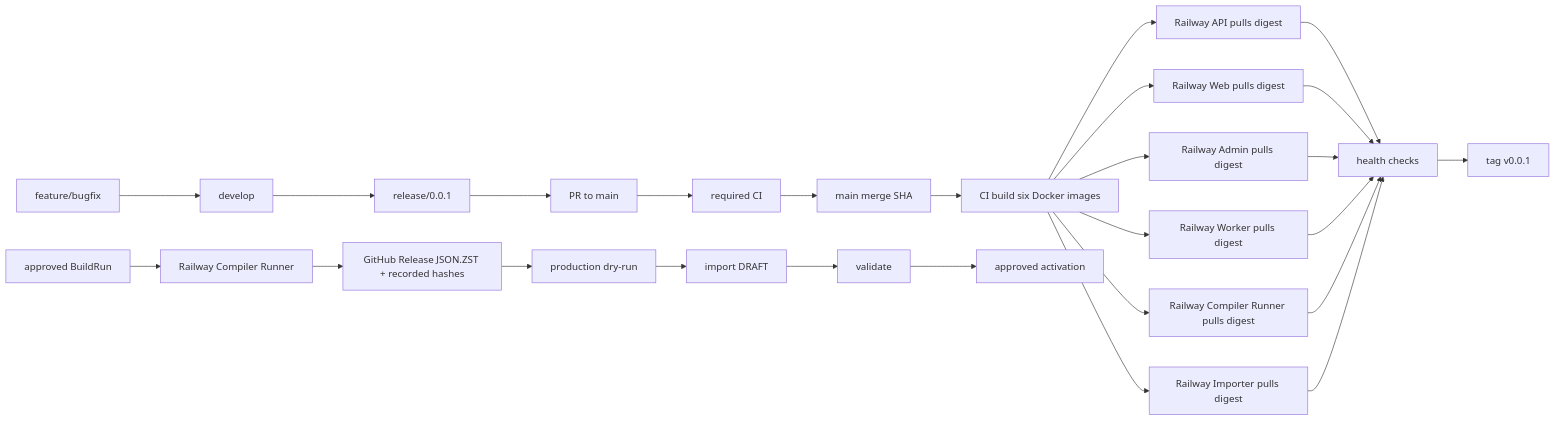
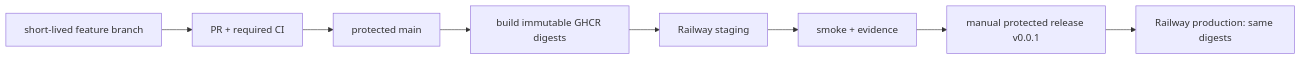
The diagram in docs/overview/refactor/delivery/cicd-security.md (yinmingdi/sylis), drawn with Mermaid before and after one commit. The commit also changed other lines of this file and 1856 other files, not shown here.

Commit message:
refactor: rebuild Sylis platform architecture

````diff
--- a/docs/overview/refactor/delivery/cicd-security.md
+++ b/docs/overview/refactor/delivery/cicd-security.md
@@ -5,29 +7,10 @@
 ```mermaid
 flowchart LR
-  F[feature/bugfix] --> D[develop]
-  D --> R[release/0.0.1]
-  R --> PR[PR to main]
-  PR --> CI[required CI]
-  CI --> M[main merge SHA]
-  M --> IMG[CI build six Docker images]
-  IMG --> RA[Railway API pulls digest]
-  IMG --> RW[Railway Web pulls digest]
-  IMG --> RAD[Railway Admin pulls digest]
-  IMG --> RWK[Railway Worker pulls digest]
-  IMG --> RCR[Railway Compiler Runner pulls digest]
-  IMG --> RI[Railway Importer pulls digest]
-  RA --> H[health checks]
-  RW --> H
-  RAD --> H
-  RWK --> H
-  RCR --> H
-  RI --> H
-  H --> T[tag v0.0.1]
-
-  LB[approved BuildRun] --> CR[Railway Compiler Runner]
-  CR --> J[GitHub Release JSON.ZST + recorded hashes]
-  J --> DRY[production dry-run]
-  DRY --> IMP[import DRAFT]
-  IMP --> VAL[validate]
-  VAL --> ACT[approved activation]
+  F[short-lived feature branch] --> PR[PR + required CI]
+  PR --> M[protected main]
+  M --> S[build immutable GHCR digests]
+  S --> ST[Railway staging]
+  ST --> SM[smoke + evidence]
+  SM --> R[manual protected release v0.0.1]
+  R --> P[Railway production: same digests]
 ```
````
